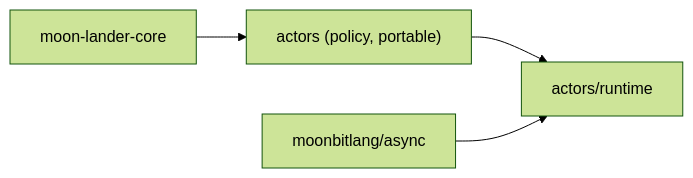
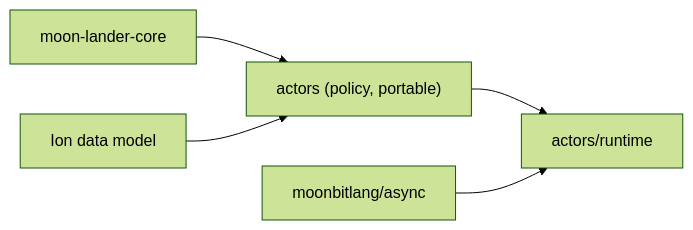
One commit to moonrockz/moon-lander changed the diagram in pkgs/actors/README.mbt.md. Above: the diagram before and after it, drawn with Mermaid (forest theme). The commit also changed other lines of this file and 11 other files, not shown here.

````diff
--- a/pkgs/actors/README.mbt.md
+++ b/pkgs/actors/README.mbt.md
@@ -18,6 +20,7 @@
 ```mermaid
 graph LR
   core[moon-lander-core] --> policy["actors (policy, portable)"]
+  ion["Ion data model"] --> policy
   policy --> runtime["actors/runtime"]
   async[moonbitlang/async] --> runtime
 ```
````
